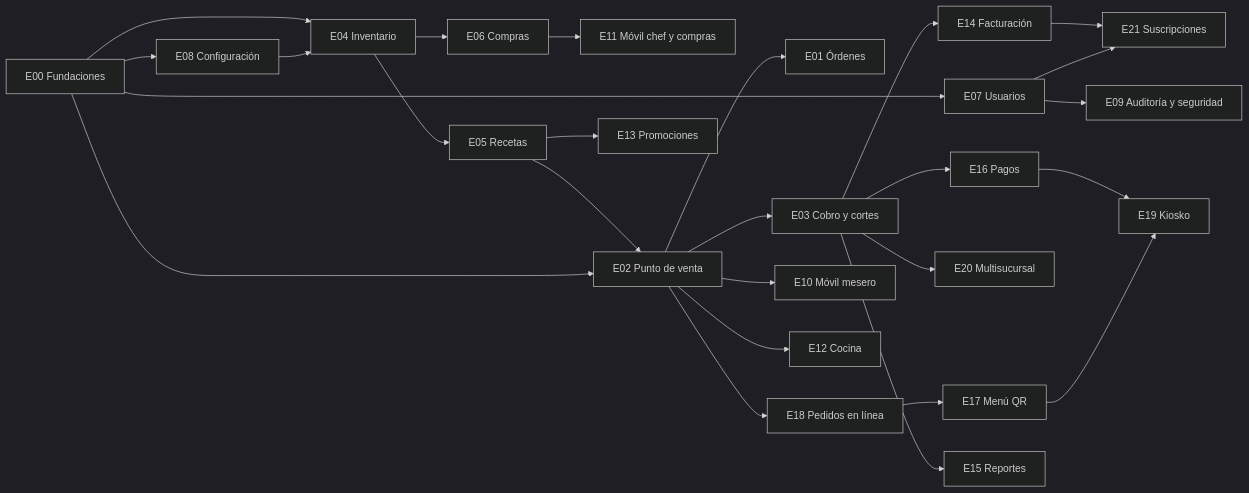
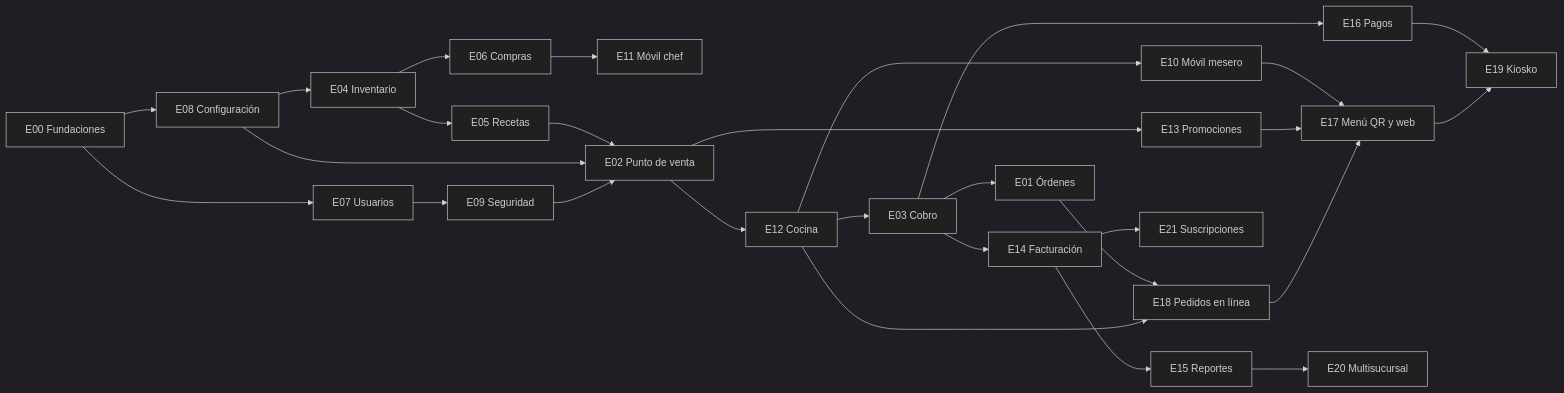
The diagram in docs/epics.md (dcsoftwareapps/Resto), drawn with Mermaid (dark theme) before and after one commit. The commit also changed other lines of this file and 46 other files, not shown here.

````diff
--- a/docs/epics.md
+++ b/docs/epics.md
@@ -41,28 +50,30 @@
 ```mermaid
 flowchart LR
-  E00[E00 Fundaciones] --> E07[E07 Usuarios]
-  E00 --> E08[E08 Configuración]
-  E00 --> E04[E04 Inventario]
-  E08 --> E04
+  E00[E00 Fundaciones] --> E08[E08 Configuración]
+  E08 --> E04[E04 Inventario]
   E04 --> E05[E05 Recetas]
   E04 --> E06[E06 Compras]
-  E06 --> E11[E11 Móvil chef y compras]
+  E06 --> E11[E11 Móvil chef]
+  E00 --> E07[E07 Usuarios]
+  E07 --> E09[E09 Seguridad]
   E05 --> E02[E02 Punto de venta]
-  E00 --> E02
-  E02 --> E01[E01 Órdenes]
-  E18[E18 Pedidos en línea] --> E17[E17 Menú QR]
-  E02 --> E18
+  E08 --> E02
+  E09 --> E02
+  E02 --> E12[E12 Cocina]
+  E12 --> E03[E03 Cobro]
+  E03 --> E01[E01 Órdenes]
+  E12 --> E10[E10 Móvil mesero]
+  E02 --> E13[E13 Promociones]
+  E03 --> E14[E14 Facturación]
+  E03 --> E16[E16 Pagos]
+  E14 --> E15[E15 Reportes]
+  E14 --> E21[E21 Suscripciones]
+  E01 --> E18[E18 Pedidos en línea]
+  E12 --> E18
+  E10 --> E17[E17 Menú QR y web]
+  E13 --> E17
+  E18 --> E17
   E16 --> E19[E19 Kiosko]
   E17 --> E19
-  E03 --> E20[E20 Multisucursal]
-  E14 --> E21[E21 Suscripciones]
-  E07 --> E21
-  E02 --> E03[E03 Cobro y cortes]
-  E02 --> E10[E10 Móvil mesero]
-  E02 --> E12[E12 Cocina]
-  E07 --> E09[E09 Auditoría y seguridad]
-  E03 --> E14[E14 Facturación]
-  E03 --> E15[E15 Reportes]
-  E05 --> E13[E13 Promociones]
-  E03 --> E16[E16 Pagos]
+  E15 --> E20[E20 Multisucursal]
 ```
````
